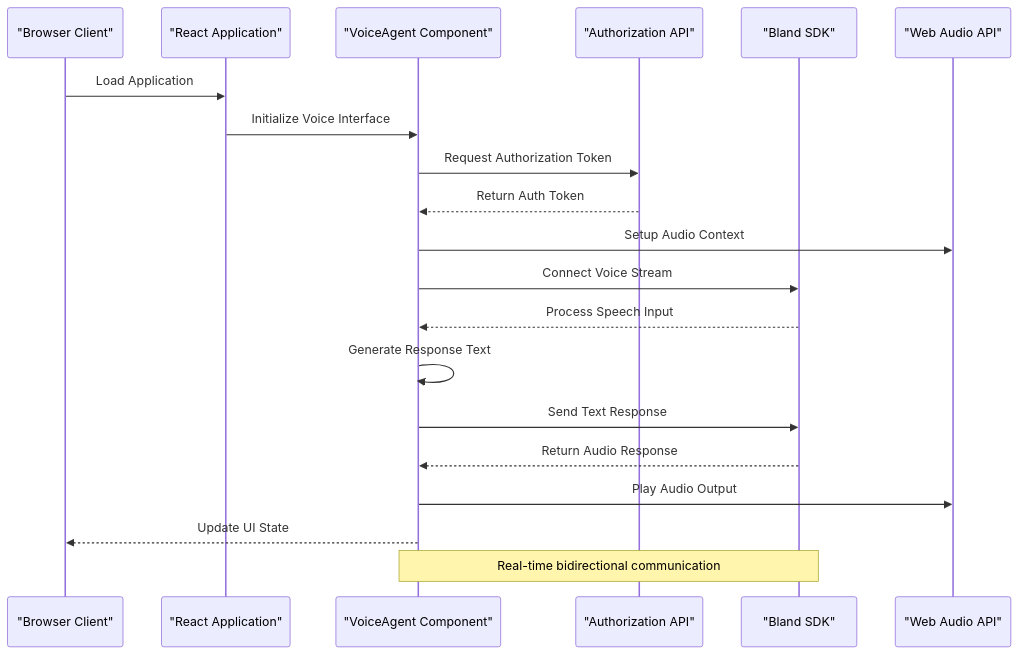
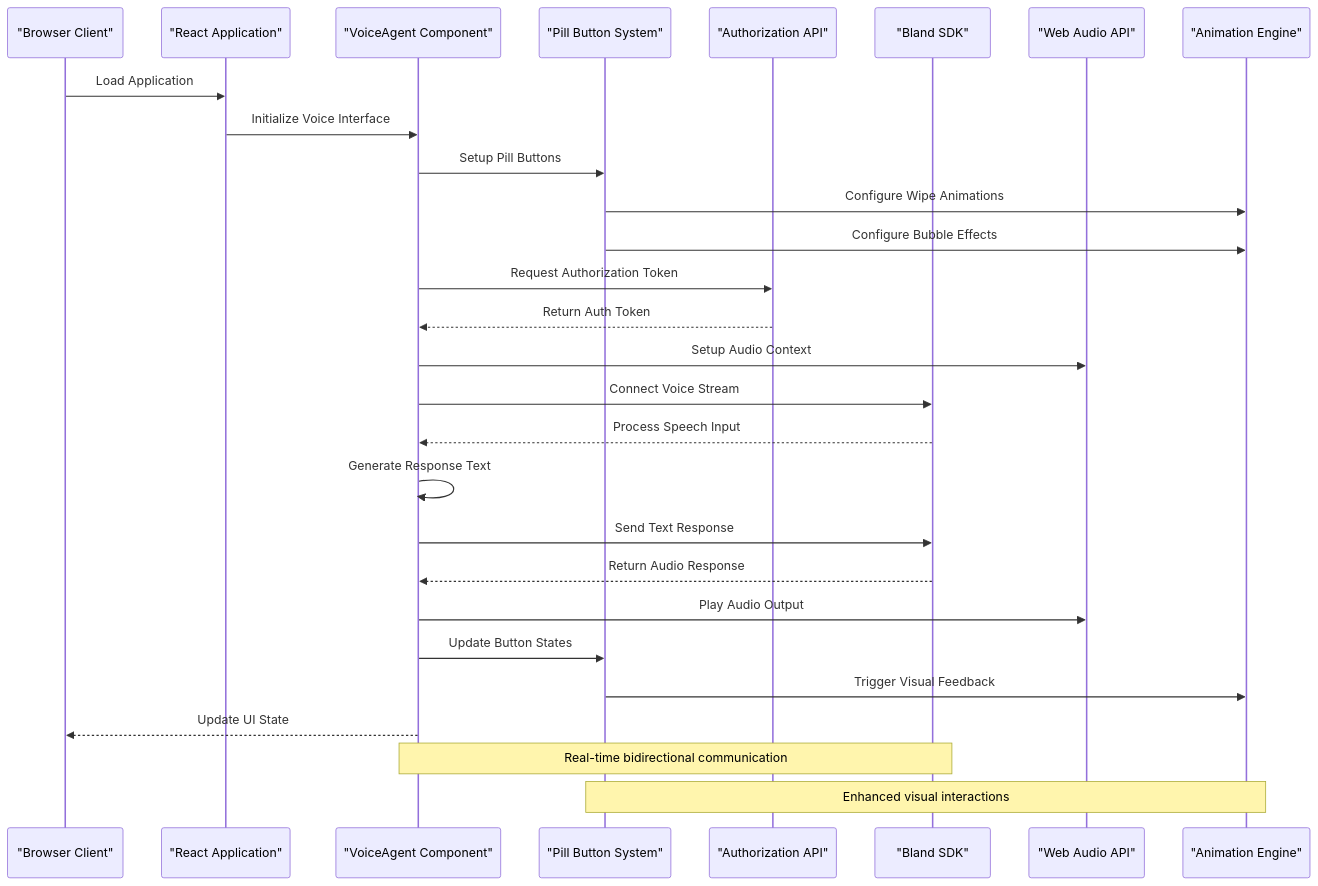
One commit to Theja4/podiummomentum changed the second of 7 diagrams in .qoder/repowiki/en/content/Component Architecture/Core Components/Voice AI Agent Demo.md. Above: the diagram before and after it, drawn with Mermaid. The commit also changed other lines of this file and 27 other files, not shown here.

````diff
--- a/.qoder/repowiki/en/content/Component Architecture/Core Components/Voice AI Agent Demo.md
+++ b/.qoder/repowiki/en/content/Component Architecture/Core Components/Voice AI Agent Demo.md
@@ -112,22 +132,30 @@
 ```mermaid
 sequenceDiagram
 participant Browser as "Browser Client"
 participant ReactApp as "React Application"
 participant VoiceAgent as "VoiceAgent Component"
+participant ButtonSystem as "Pill Button System"
 participant AuthAPI as "Authorization API"
 participant BlandSDK as "Bland SDK"
 participant WebAudio as "Web Audio API"
+participant AnimationEngine as "Animation Engine"
 Browser->>ReactApp : Load Application
 ReactApp->>VoiceAgent : Initialize Voice Interface
+VoiceAgent->>ButtonSystem : Setup Pill Buttons
+ButtonSystem->>AnimationEngine : Configure Wipe Animations
+ButtonSystem->>AnimationEngine : Configure Bubble Effects
 VoiceAgent->>AuthAPI : Request Authorization Token
 AuthAPI-->>VoiceAgent : Return Auth Token
 VoiceAgent->>WebAudio : Setup Audio Context
 VoiceAgent->>BlandSDK : Connect Voice Stream
 BlandSDK-->>VoiceAgent : Process Speech Input
 VoiceAgent->>VoiceAgent : Generate Response Text
 VoiceAgent->>BlandSDK : Send Text Response
 BlandSDK-->>VoiceAgent : Return Audio Response
 VoiceAgent->>WebAudio : Play Audio Output
+VoiceAgent->>ButtonSystem : Update Button States
+ButtonSystem->>AnimationEngine : Trigger Visual Feedback
 VoiceAgent-->>Browser : Update UI State
 Note over VoiceAgent,BlandSDK : Real-time bidirectional communication
+Note over ButtonSystem,AnimationEngine : Enhanced visual interactions
 ```
````
